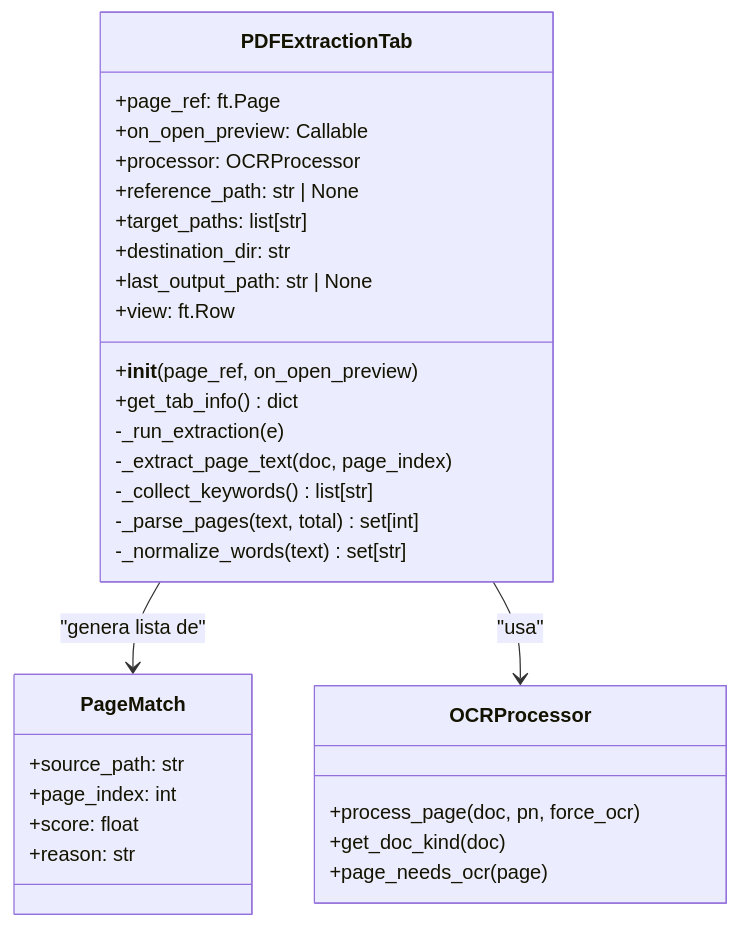
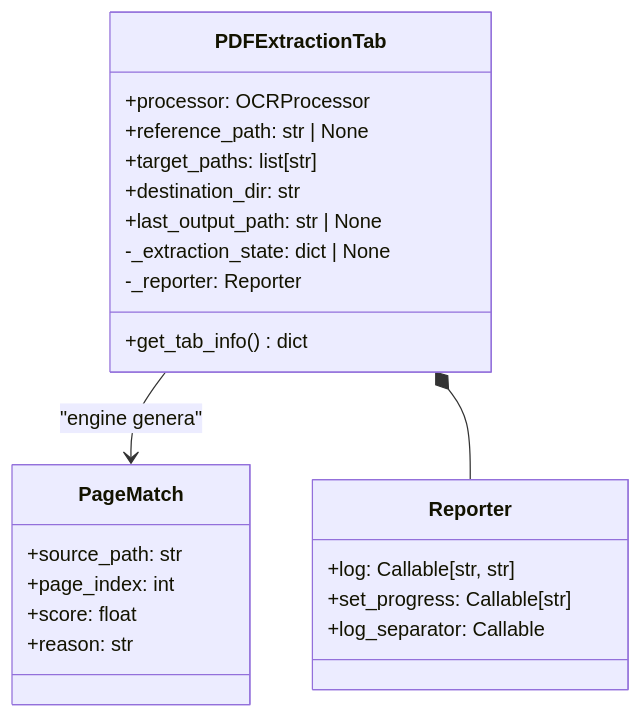
The second of 5 diagrams in docs/extraer-pdf.md (Mahynlo/pdf_manager), drawn with Mermaid before and after one commit. The commit also changed other lines of this file and 3 other files, not shown here.

````diff
--- a/docs/extraer-pdf.md
+++ b/docs/extraer-pdf.md
@@ -31,36 +76,26 @@
 ```mermaid
 classDiagram
-    class PDFExtractionTab {
-        +page_ref: ft.Page
-        +on_open_preview: Callable
-        +processor: OCRProcessor
-        +reference_path: str | None
-        +target_paths: list[str]
-        +destination_dir: str
-        +last_output_path: str | None
-        +view: ft.Row
-        +__init__(page_ref, on_open_preview)
-        +get_tab_info() dict
-        -_run_extraction(e)
-        -_extract_page_text(doc, page_index)
-        -_collect_keywords() list[str]
-        -_parse_pages(text, total) set[int]
-        -_normalize_words(text) set[str]
-    }
-
     class PageMatch {
         +source_path: str
         +page_index: int
         +score: float
         +reason: str
     }
-
-    class OCRProcessor {
-        +process_page(doc, pn, force_ocr)
-        +get_doc_kind(doc)
-        +page_needs_ocr(page)
+    class Reporter {
+        +log: Callable[str, str]
+        +set_progress: Callable[str]
+        +log_separator: Callable
     }
-
-    PDFExtractionTab --> PageMatch : "genera lista de"
-    PDFExtractionTab --> OCRProcessor : "usa"
+    class PDFExtractionTab {
+        +processor: OCRProcessor
+        +reference_path: str | None
+        +target_paths: list[str]
+        +destination_dir: str
+        +last_output_path: str | None
+        -_extraction_state: dict | None
+        -_reporter: Reporter
+        +get_tab_info() dict
+    }
+    PDFExtractionTab --> PageMatch : "engine genera"
+    PDFExtractionTab *-- Reporter
 ```
````
